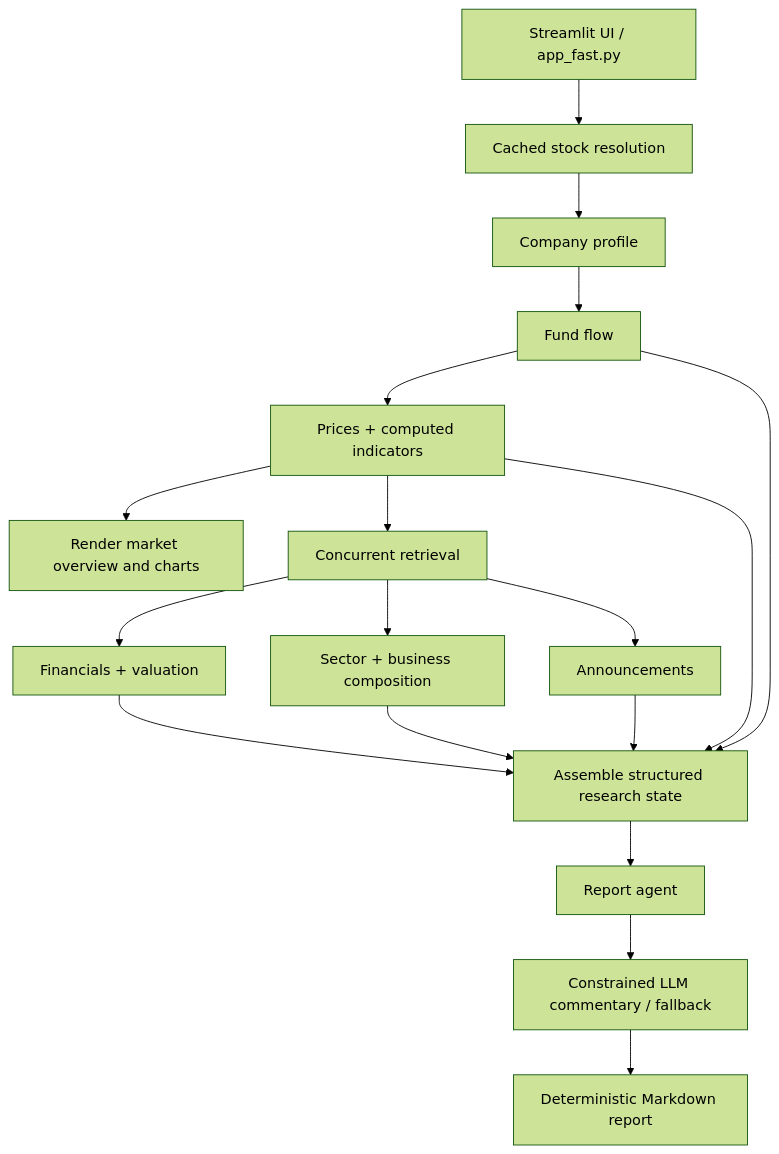
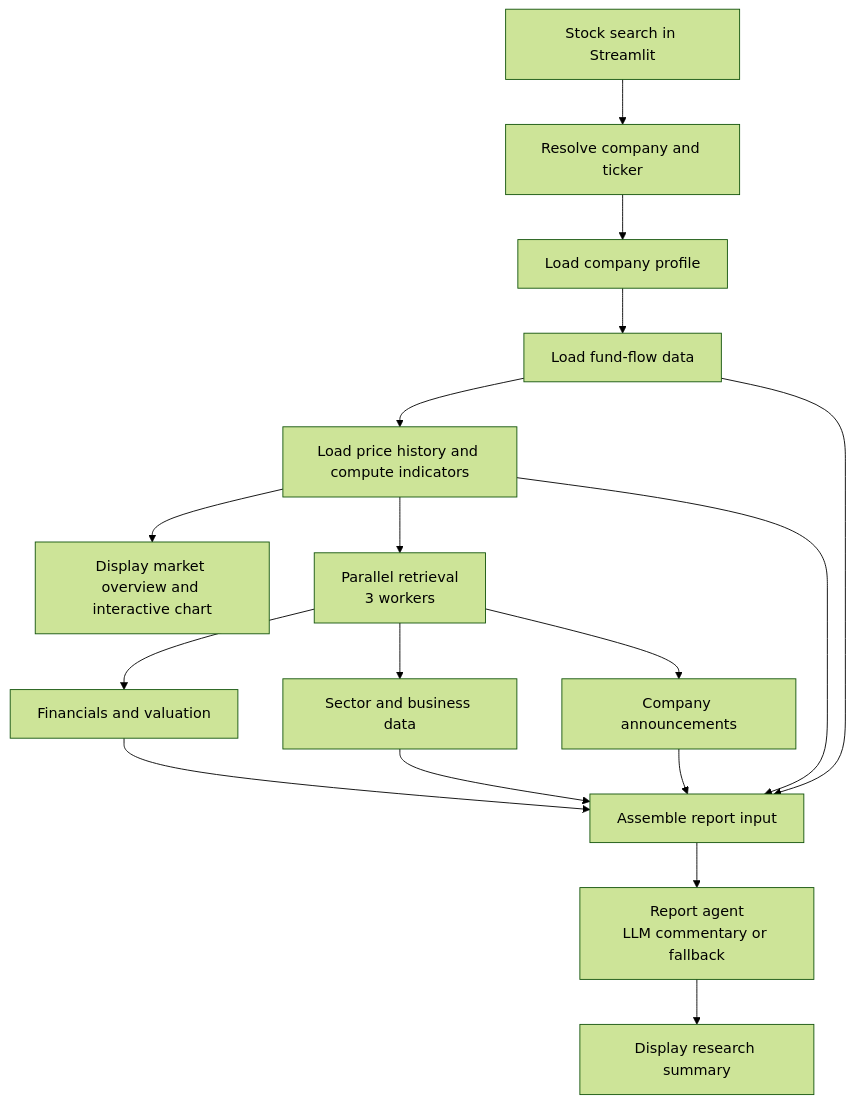
Before and after one commit to Barrygyx/multi-agent-equity-research: the second of 2 diagrams in README.md, drawn with Mermaid (forest theme). The commit also changed other lines of this file and 3 other files, not shown here.

````diff
--- a/README.md
+++ b/README.md
@@ -65,20 +102,19 @@
 ```mermaid
 flowchart TD
-    UI[Streamlit UI / app_fast.py] --> RES[Cached stock resolution]
-    RES --> CO[Company profile]
-    CO --> FLOW[Fund flow]
-    FLOW --> PRICE[Prices + computed indicators]
-    PRICE --> VIEW[Render market overview and charts]
-    PRICE --> PAR[Concurrent retrieval]
-    PAR --> FIN[Financials + valuation]
-    PAR --> SEC[Sector + business composition]
-    PAR --> NEWS[Announcements]
-    FIN --> STATE[Assemble structured research state]
-    SEC --> STATE
-    NEWS --> STATE
-    PRICE --> STATE
-    FLOW --> STATE
-    STATE --> REP[Report agent]
-    REP --> LLM[Constrained LLM commentary / fallback]
-    LLM --> REPORT[Deterministic Markdown report]
+    A[Stock search in Streamlit] --> B[Resolve company and ticker]
+    B --> C[Load company profile]
+    C --> D[Load fund-flow data]
+    D --> E[Load price history and compute indicators]
+    E --> F[Display market overview and interactive chart]
+    E --> G[Parallel retrieval<br/>3 workers]
+    G --> H[Financials and valuation]
+    G --> I[Sector and business data]
+    G --> J[Company announcements]
+    H --> K[Assemble report input]
+    I --> K
+    J --> K
+    E --> K
+    D --> K
+    K --> L[Report agent<br/>LLM commentary or fallback]
+    L --> M[Display research summary]
 ```
````
